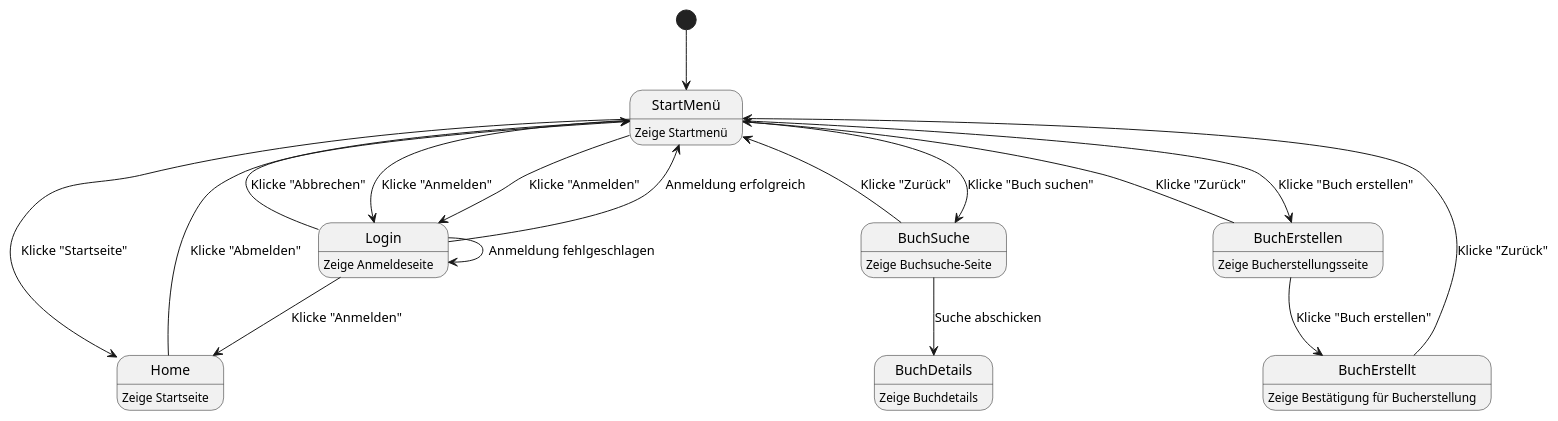
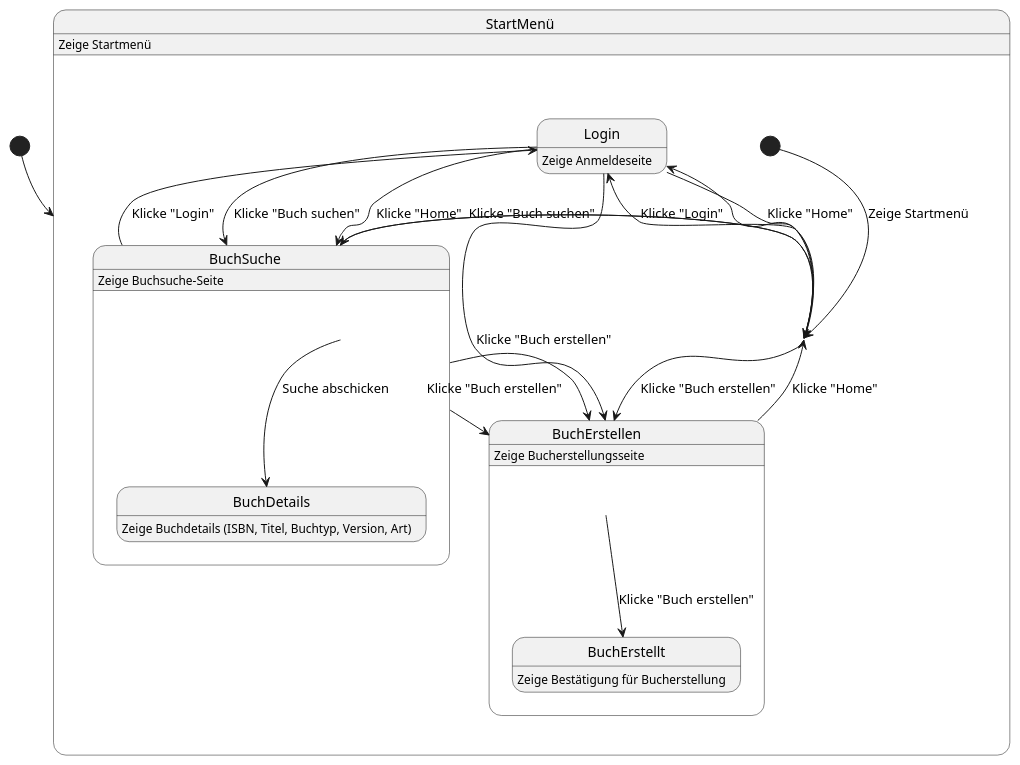
The diagram in .extras/doc/Buch.plantuml (SWETeamGrp9SS23/webanwendung), drawn with PlantUML before and after one commit. The commit also changed 1 other file, not shown here.

Commit message:
Zustandsdiagramm

```diff
--- a/.extras/doc/Buch.plantuml
+++ b/.extras/doc/Buch.plantuml
@@ -1,56 +1,45 @@
 @startuml Zustandsdiagramm
 [*] --> StartMenü
 
-StartMenü --> Login: Klicke "Anmelden"
-StartMenü --> Home: Klicke "Startseite"
-
-Login --> StartMenü: Anmeldung erfolgreich
-Login --> Login: Anmeldung fehlgeschlagen
-
 state StartMenü {
+  [*] --> StartMenü: Zeige Startmenü
+  StartMenü --> Login: Klicke "Login"
+  StartMenü --> BuchSuche: Klicke "Buch suchen"
+  StartMenü --> BuchErstellen: Klicke "Buch erstellen"
 }
 
 state Login {
-}
-
-state Home {
+  Login --> BuchErstellen: Klicke "Buch erstellen"
+  Login --> BuchSuche: Klicke "Buch suchen"
+  Login --> StartMenü: Klicke "Home"
 }
 
 state BuchSuche {
+  BuchSuche --> BuchDetails: Suche abschicken
+  BuchSuche --> Login: Klicke "Login"
+  BuchSuche --> BuchErstellen: Klicke "Buch erstellen"
+  BuchSuche --> StartMenü: Klicke "Home"
 }
 
 state BuchErstellen {
+  BuchErstellen --> BuchErstellt: Klicke "Buch erstellen"
+  BuchErstellen --> StartMenü: Klicke "Home"
 }
 
 state BuchDetails {
 }
 
 state BuchErstellt {
 }
 
+StartMenü -down-> Login
+Login -down-> BuchSuche
+BuchSuche -down-> BuchErstellen
+
 StartMenü: Zeige Startmenü
 Login: Zeige Anmeldeseite
-Home: Zeige Startseite
 BuchSuche: Zeige Buchsuche-Seite
 BuchErstellen: Zeige Bucherstellungsseite
-BuchDetails: Zeige Buchdetails
+BuchDetails: Zeige Buchdetails (ISBN, Titel, Buchtyp, Version, Art)
 BuchErstellt: Zeige Bestätigung für Bucherstellung
-
-StartMenü --> Login: Klicke "Anmelden"
-Login --> StartMenü: Klicke "Abbrechen"
-
-StartMenü --> BuchSuche: Klicke "Buch suchen"
-StartMenü --> BuchErstellen: Klicke "Buch erstellen"
-
-BuchSuche --> BuchDetails: Suche abschicken
-BuchSuche --> StartMenü: Klicke "Zurück"
-
-BuchErstellen --> StartMenü: Klicke "Zurück"
-BuchErstellen --> BuchErstellt: Klicke "Buch erstellen"
-
-BuchErstellt --> StartMenü: Klicke "Zurück"
-
-Login --> Home: Klicke "Anmelden"
-
-Home --> StartMenü: Klicke "Abmelden"
 @enduml
```
